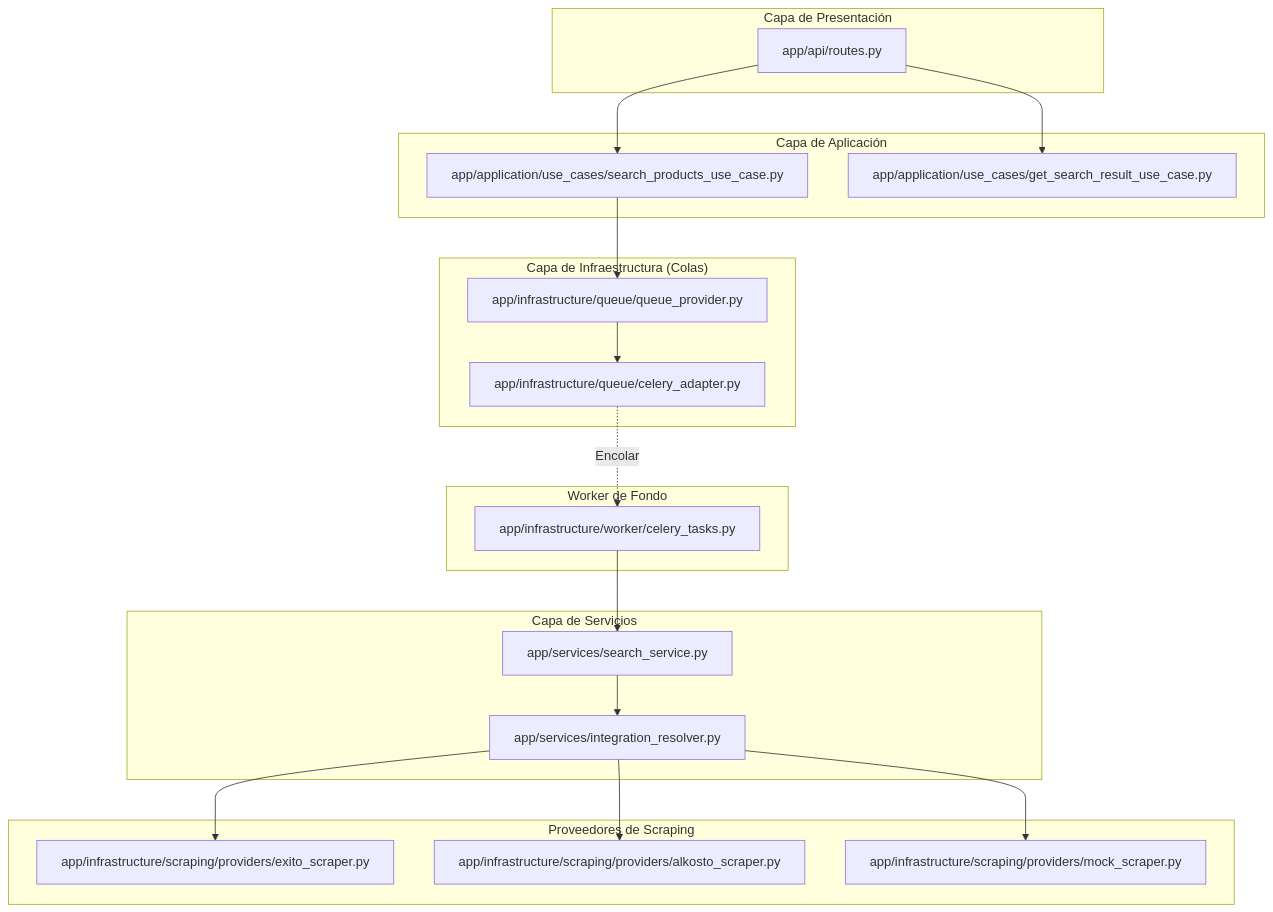
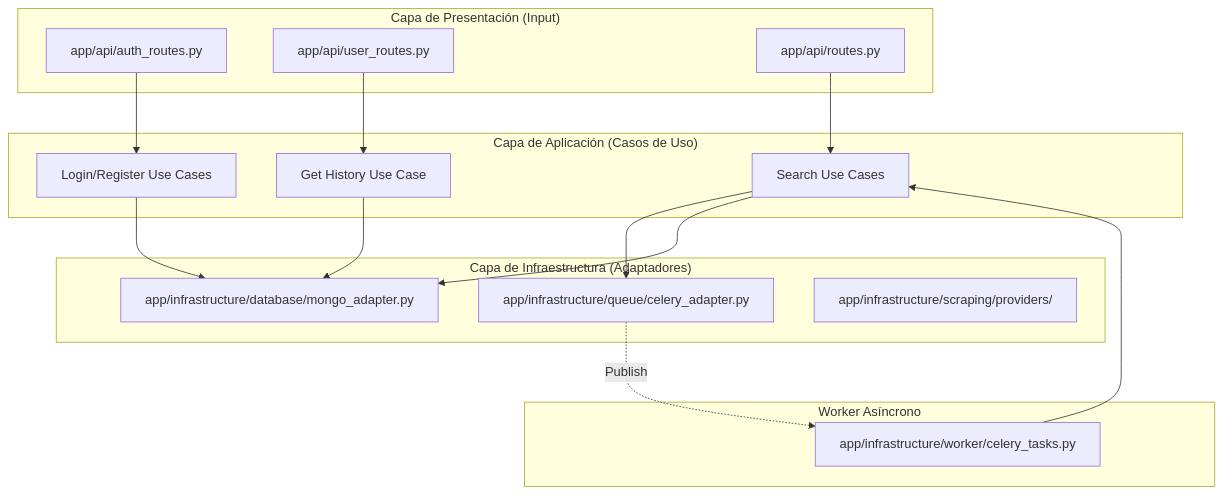
One commit to jodagore92/webscraping_py changed the diagram in README.md. Above: the diagram before and after it, drawn with Mermaid. The commit also changed other lines of this file, not shown here.

````diff
--- a/README.md
+++ b/README.md
@@ -23,42 +27,34 @@
 ```mermaid
 graph TD
-    subgraph "Capa de Presentación"
-        API[app/api/routes.py]
+    subgraph "Capa de Presentación (Input)"
+        Auth_API[app/api/auth_routes.py]
+        User_API[app/api/user_routes.py]
+        Search_API[app/api/routes.py]
     end
 
-    subgraph "Capa de Aplicación"
-        UC_Search[app/application/use_cases/search_products_use_case.py]
-        UC_GetResult[app/application/use_cases/get_search_result_use_case.py]
+    subgraph "Capa de Aplicación (Casos de Uso)"
+        UC_Auth[Login/Register Use Cases]
+        UC_Search[Search Use Cases]
+        UC_History[Get History Use Case]
     end
 
-    subgraph "Capa de Infraestructura (Colas)"
-        QP[app/infrastructure/queue/queue_provider.py]
-        CA[app/infrastructure/queue/celery_adapter.py]
+    subgraph "Capa de Infraestructura (Adaptadores)"
+        DB_Mongo[app/infrastructure/database/mongo_adapter.py]
+        Queue_Celery[app/infrastructure/queue/celery_adapter.py]
+        Scrap_Playwright[app/infrastructure/scraping/providers/]
     end
 
-    subgraph "Worker de Fondo"
-        Tasks[app/infrastructure/worker/celery_tasks.py]
+    subgraph "Worker Asíncrono"
+        Worker[app/infrastructure/worker/celery_tasks.py]
     end
 
-    subgraph "Capa de Servicios"
-        SS[app/services/search_service.py]
-        IR[app/services/integration_resolver.py]
-    end
-
-    subgraph "Proveedores de Scraping"
-        ES[app/infrastructure/scraping/providers/exito_scraper.py]
-        AS[app/infrastructure/scraping/providers/alkosto_scraper.py]
-        MS[app/infrastructure/scraping/providers/mock_scraper.py]
-    end
-
-    API --> UC_Search
-    API --> UC_GetResult
-    UC_Search --> QP
-    QP --> CA
-    CA -.->|Encolar| Tasks
-    Tasks --> SS
-    SS --> IR
-    IR --> ES
-    IR --> AS
-    IR --> MS
+    Search_API --> UC_Search
+    UC_Search --> Queue_Celery
+    Queue_Celery -.->|Publish| Worker
+    Worker --> UC_Search
+    UC_Search --> DB_Mongo
+    Auth_API --> UC_Auth
+    UC_Auth --> DB_Mongo
+    User_API --> UC_History
+    UC_History --> DB_Mongo
 ```
````
